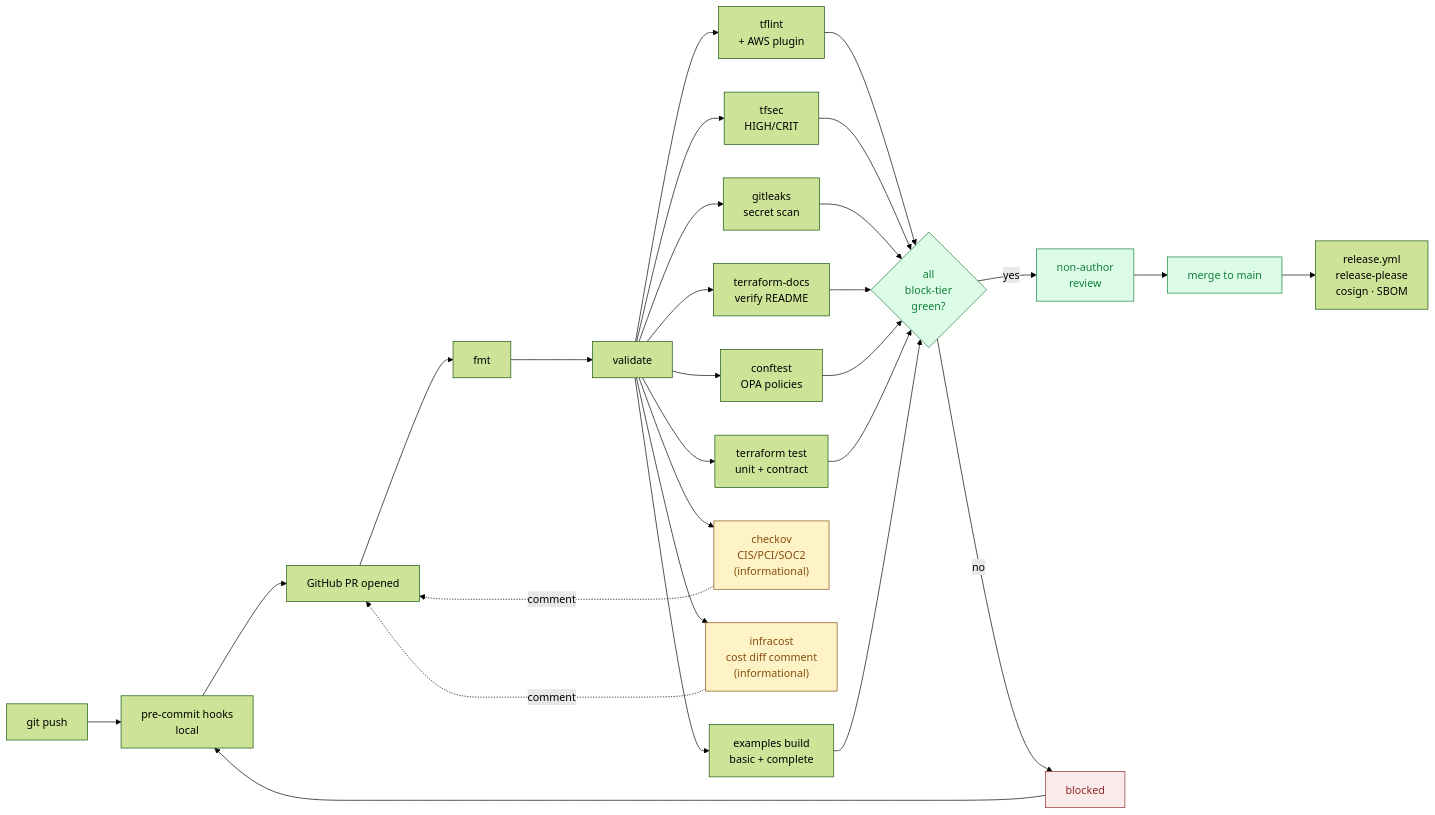
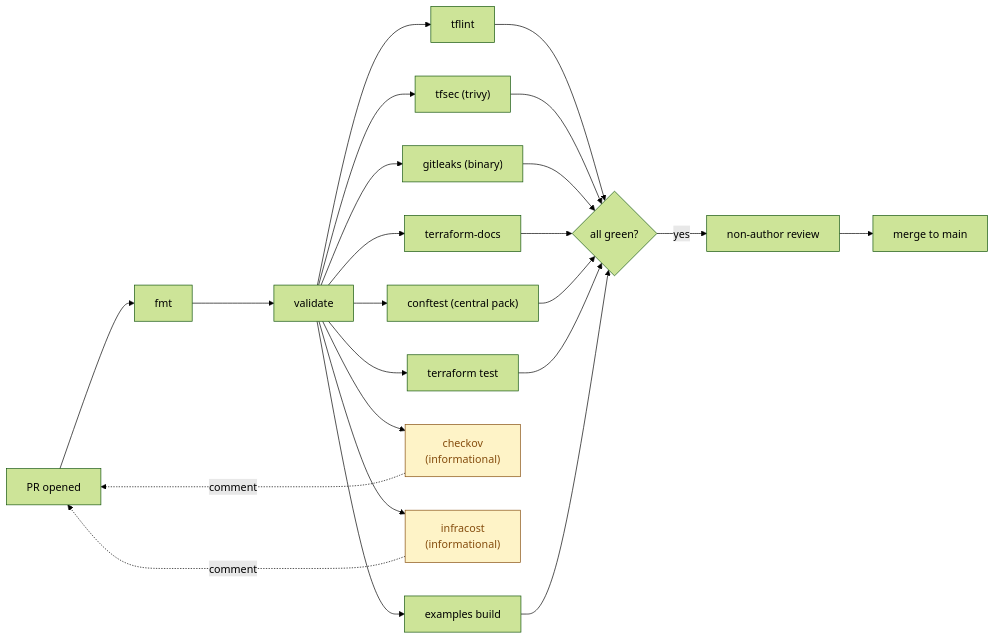
One commit to devotica-labs/terraform-shared-config changed the second of 3 diagrams in README.md. Above: the diagram before and after it, drawn with Mermaid (forest theme). The commit also changed other lines of this file, not shown here.

````diff
--- a/README.md
+++ b/README.md
@@ -60,44 +149,27 @@
 ```mermaid
 flowchart LR
-    DEV["git push"] --> PRE["pre-commit hooks<br/>local"]
-    PRE --> PR["GitHub PR opened"]
-
-    PR --> FMT["fmt"]
+    PR["PR opened"] --> FMT["fmt"]
     FMT --> VAL["validate"]
-
-    VAL --> P2A["tflint<br/>+ AWS plugin"]
-    VAL --> P2B["tfsec<br/>HIGH/CRIT"]
-    VAL --> P2C["gitleaks<br/>secret scan"]
-    VAL --> P2D["terraform-docs<br/>verify README"]
-
-    VAL --> P3A["conftest<br/>OPA policies"]
-    VAL --> P3B["terraform test<br/>unit + contract"]
-
-    VAL --> P4A["checkov<br/>CIS/PCI/SOC2<br/>(informational)"]
-    VAL --> P4B["infracost<br/>cost diff comment<br/>(informational)"]
-    VAL --> P4C["examples build<br/>basic + complete"]
-
-    P2A --> GATE{"all<br/>block-tier<br/>green?"}
+    VAL --> P2A["tflint"]
+    VAL --> P2B["tfsec (trivy)"]
+    VAL --> P2C["gitleaks (binary)"]
+    VAL --> P2D["terraform-docs"]
+    VAL --> P3A["conftest (central pack)"]
+    VAL --> P3B["terraform test"]
+    VAL --> P4A["checkov<br/>(informational)"]
+    VAL --> P4B["infracost<br/>(informational)"]
+    VAL --> P4C["examples build"]
+    P2A --> GATE{all green?}
     P2B --> GATE
     P2C --> GATE
     P2D --> GATE
     P3A --> GATE
     P3B --> GATE
     P4C --> GATE
     P4A -.->|comment| PR
     P4B -.->|comment| PR
-
-    GATE -- yes --> REVIEW["non-author<br/>review"]
-    GATE -- no --> FAIL["blocked"]
-    FAIL --> PRE
-
+    GATE -- yes --> REVIEW["non-author review"]
     REVIEW --> MERGE["merge to main"]
-    MERGE --> RELEASE["release.yml<br/>release-please<br/>cosign · SBOM"]
-
-    classDef block fill:#dcfce7,stroke:#15803d,color:#15803d;
     classDef inform fill:#fef3c7,stroke:#854d0e,color:#854d0e;
-    classDef bad fill:#fbeaea,stroke:#8E2A2A,color:#8E2A2A;
     class P4A,P4B inform;
-    class FAIL bad;
-    class GATE,REVIEW,MERGE block;
 ```
````
